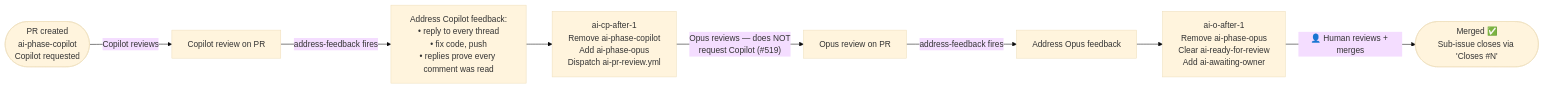
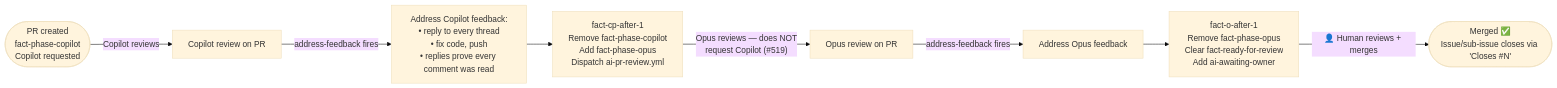
The fourth of 6 diagrams in docs/ai-factory.md (alvarolobato/powershop-analytics), drawn with Mermaid (base theme) before and after one commit. The commit also changed other lines of this file and 6 other files, not shown here.

First line of the commit message:
docs: single-track issue format + fact-* label conventions (closes #661)

````diff
--- a/docs/ai-factory.md
+++ b/docs/ai-factory.md
@@ -273,16 +355,16 @@
 ```mermaid
 flowchart LR
-    PR([PR created<br/>ai-phase-copilot<br/>Copilot requested]) -->|"Copilot reviews"| CR[Copilot review on PR]
+    PR([PR created<br/>fact-phase-copilot<br/>Copilot requested]) -->|"Copilot reviews"| CR[Copilot review on PR]
 
     CR -->|"address-feedback fires"| AF1[Address Copilot feedback:<br/>• reply to every thread<br/>• fix code, push<br/>• replies prove every comment was read]
 
-    AF1 --> CP1[ai-cp-after-1<br/>Remove ai-phase-copilot<br/>Add ai-phase-opus<br/>Dispatch ai-pr-review.yml]
+    AF1 --> CP1[fact-cp-after-1<br/>Remove fact-phase-copilot<br/>Add fact-phase-opus<br/>Dispatch ai-pr-review.yml]
 
     CP1 -->|"Opus reviews — does NOT<br/>request Copilot (#519)"| OR[Opus review on PR]
 
     OR -->|"address-feedback fires"| AF2[Address Opus feedback]
 
-    AF2 --> OP1[ai-o-after-1<br/>Remove ai-phase-opus<br/>Clear ai-ready-for-review<br/>Add ai-awaiting-owner]
+    AF2 --> OP1[fact-o-after-1<br/>Remove fact-phase-opus<br/>Clear fact-ready-for-review<br/>Add ai-awaiting-owner]
 
-    OP1 -->|"👤 Human reviews + merges"| MR([Merged ✅<br/>Sub-issue closes via 'Closes #N'])
+    OP1 -->|"👤 Human reviews + merges"| MR([Merged ✅<br/>Issue/sub-issue closes via 'Closes #N'])
 ```
````
